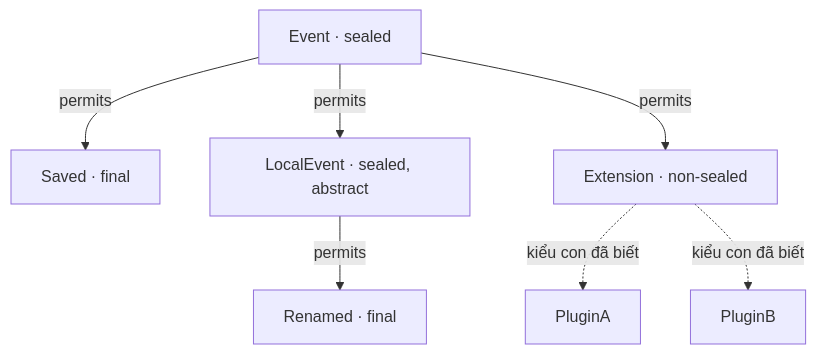
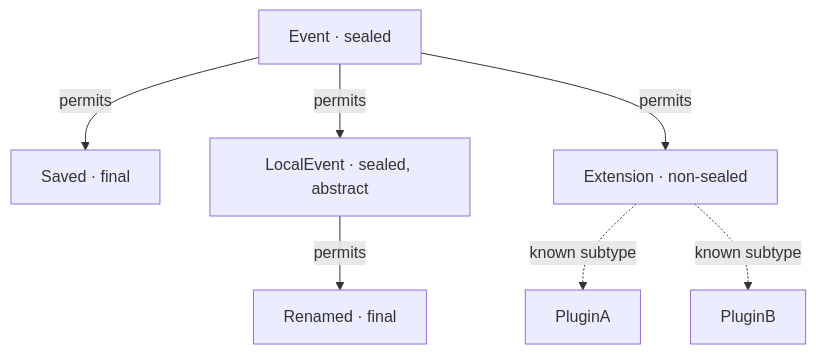
One commit to phuongnguyenit93/learning-platform-data changed the diagram in module/platform/development/programming/language/java/core/reflection/content/knowledge/en/23.sealed-hierarchies/sealed-hierarchies-003.md. Above: the diagram before and after it, drawn with Mermaid. The commit also changed other lines of this file and 2307 other files, not shown here.

````diff
--- a/module/platform/development/programming/language/java/core/reflection/content/knowledge/en/23.sealed-hierarchies/sealed-hierarchies-003.md
+++ b/module/platform/development/programming/language/java/core/reflection/content/knowledge/en/23.sealed-hierarchies/sealed-hierarchies-003.md
@@ -38,9 +38,9 @@
 ```mermaid
 flowchart TD
     E["Event · sealed"] -->|permits| S["Saved · final"]
     E -->|permits| L["LocalEvent · sealed, abstract"]
     E -->|permits| X["Extension · non-sealed"]
     L -->|permits| R["Renamed · final"]
-    X -.->|kiểu con đã biết| A["PluginA"]
-    X -.->|kiểu con đã biết| B["PluginB"]
+    X -.->|known subtype| A["PluginA"]
+    X -.->|known subtype| B["PluginB"]
 ```
````
